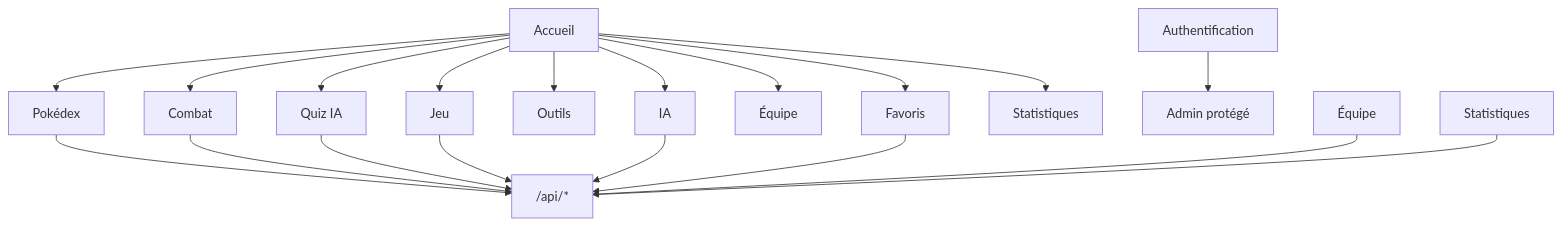
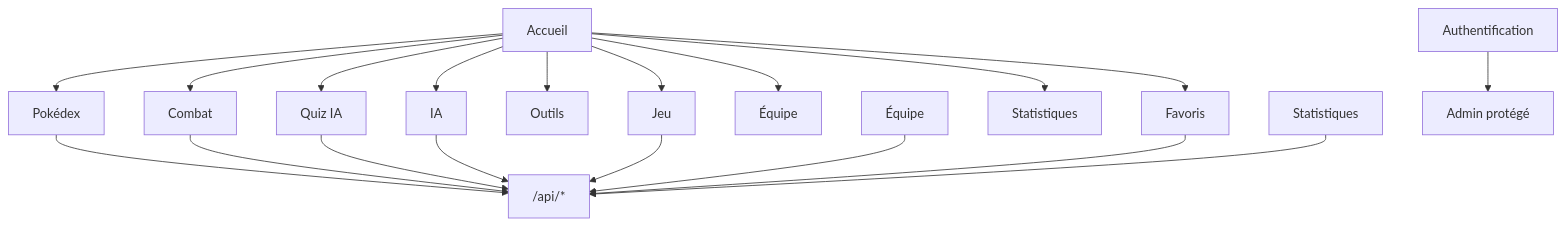
One commit to Thibault-megard1/pokedex-ai-v2 changed the diagram in README.md. Above: the diagram before and after it, drawn with Mermaid. The commit also changed other lines of this file, not shown here.

Commit message:
Reorder Auth section in README for clarity

````diff
--- a/README.md
+++ b/README.md
@@ -19,24 +19,24 @@
 ```mermaid
     graph TD
         Accueil[Accueil] --> Pokedex[Pokédex]
         Accueil --> Combat[Combat]
         Accueil --> Quiz[Quiz IA]
         Accueil --> Jeu[Jeu]
         Accueil --> Outils[Outils]
         Accueil --> IA[IA]
         Accueil --> Equipe[Équipe]
         Accueil --> Favoris[Favoris]
         Accueil --> Stats[Statistiques]
     
-        Auth[Authentification] --> Admin[Admin protégé]
-    
         Pokedex --> API["/api/*"]
         Combat --> API
         Quiz --> API
         IA --> API
         Jeu --> API
         Équipe --> API
         Favoris --> API
         Statistiques --> API
+    
+        Auth[Authentification] --> Admin[Admin protégé]
 
 ```
````
